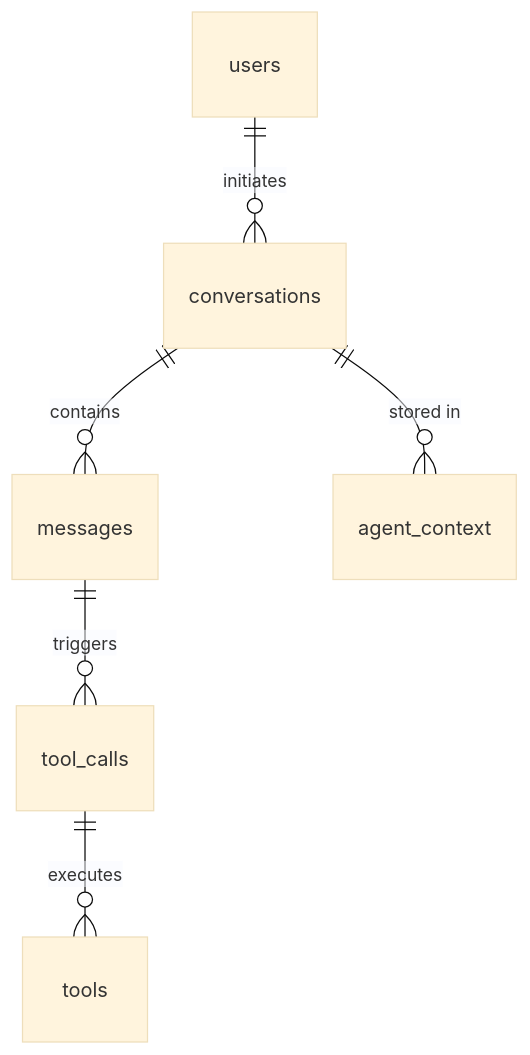
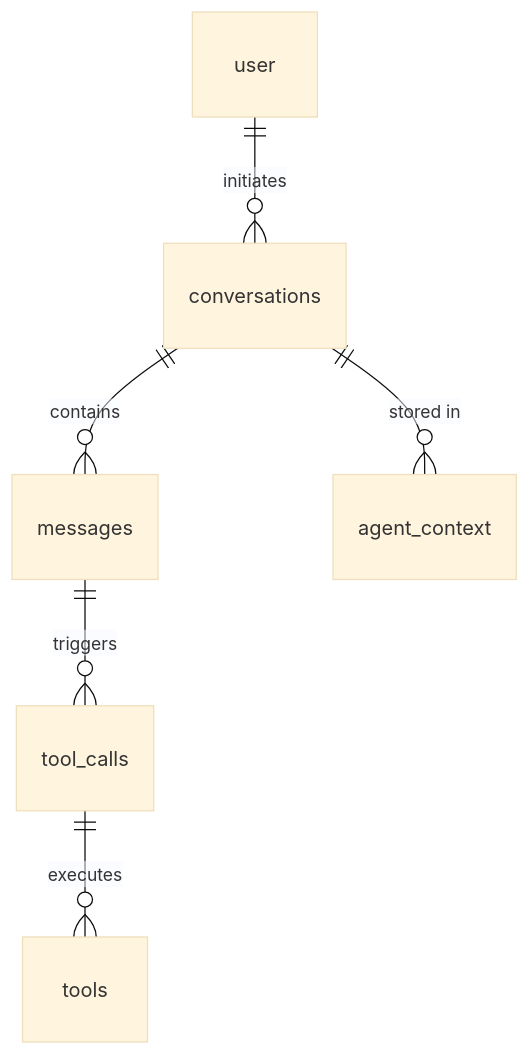
Diagram 20 of 21 in architecture/09-er-diagrams.md (OpenHealthAgents/AI-RxOS), drawn with Mermaid (base theme) before and after one commit. The commit also changed other lines of this file and 13 other files, not shown here.

Commit message:
docs: Migrate from PGVector to LLM Wiki (OKF/qmd) and integrate Better Auth across requirement documents & deployment diagrams

````diff
--- a/architecture/09-er-diagrams.md
+++ b/architecture/09-er-diagrams.md
@@ -1274,8 +1279,8 @@
 ```mermaid
 erDiagram
-    users ||--o{ conversations : "initiates"
+    user ||--o{ conversations : "initiates"
     conversations ||--o{ messages : "contains"
     messages ||--o{ tool_calls : "triggers"
     tool_calls ||--o{ tools : "executes"
     conversations ||--o{ agent_context : "stored in"
 ```
````
